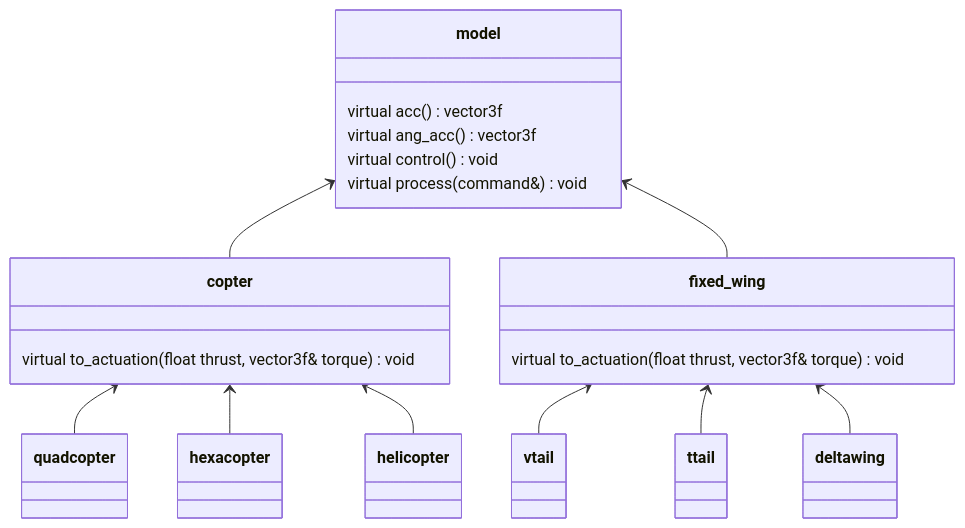
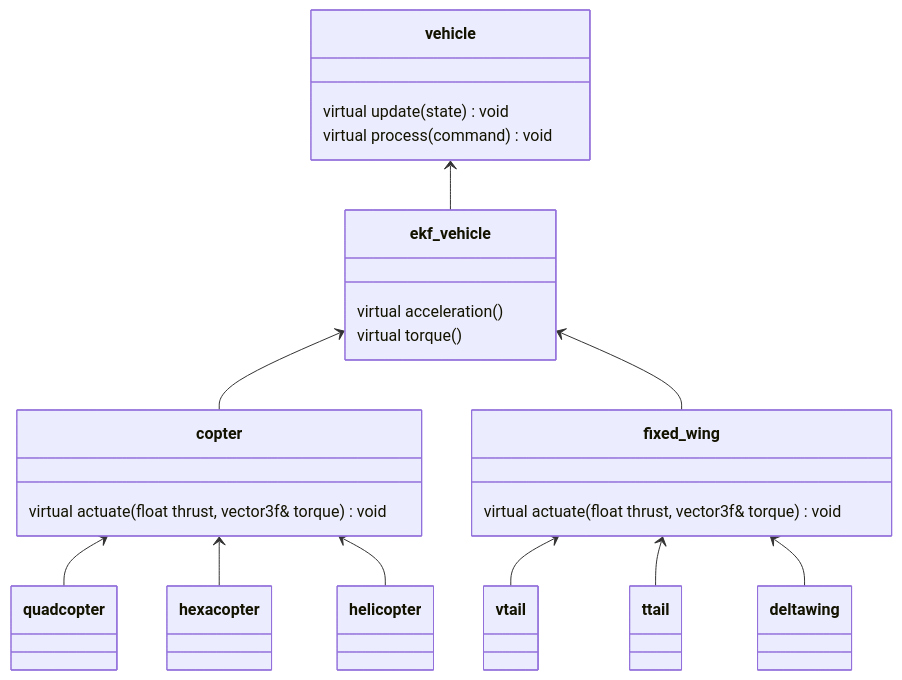
One commit to terzaterza/minipilot changed the first of 3 diagrams in docs/Overview.md. Above: the diagram before and after it, drawn with Mermaid. The commit also changed other lines of this file and 1 other file, not shown here.

````diff
--- a/docs/Overview.md
+++ b/docs/Overview.md
@@ -14,29 +14,34 @@
 ```mermaid
 classDiagram
 
-class model {
-    virtual acc() vector3f
-    virtual ang_acc() vector3f
-    virtual control() void
-    virtual process(command&) void
+class vehicle {
+    virtual update(state) void
+    virtual process(command) void
 }
 
+class ekf_vehicle {
+    virtual acceleration()
+    virtual torque()
+}
+
+vehicle <-- ekf_vehicle
+
 class copter {
-    virtual to_actuation(float thrust, vector3f& torque) void
+    virtual actuate(float thrust, vector3f& torque) void
 }
 
 class fixed_wing {
-    virtual to_actuation(float thrust, vector3f& torque) void
+    virtual actuate(float thrust, vector3f& torque) void
 }
 
-model <-- copter
-model <-- fixed_wing
+ekf_vehicle <-- copter
+ekf_vehicle <-- fixed_wing
 
 copter <-- quadcopter
 copter <-- hexacopter
 copter <-- helicopter
 
 fixed_wing <-- vtail
 fixed_wing <-- ttail
 fixed_wing <-- deltawing
 ```
````
